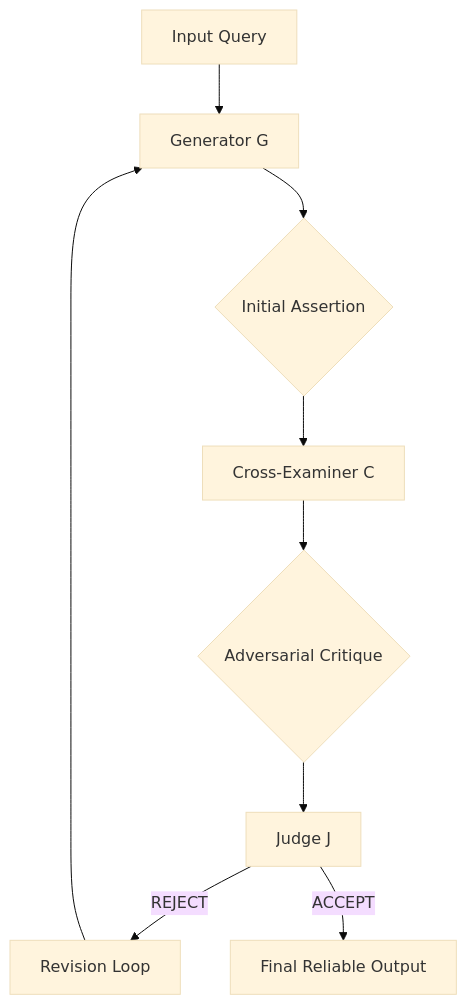
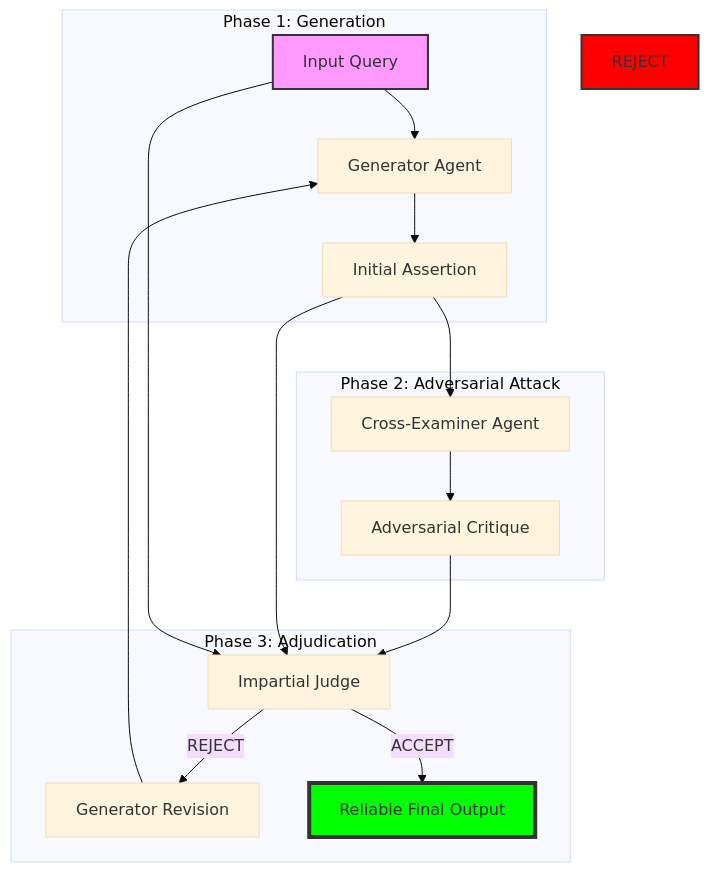
One commit to ProxyAyush/X-exam-llm changed the first of 2 diagrams in README.md. Above: the diagram before and after it, drawn with Mermaid (base theme). The commit also changed other lines of this file, not shown here.

Commit message:
Revamp README with extensive architecture, protocol, and MLOps documentation

````diff
--- a/README.md
+++ b/README.md
@@ -13,11 +23,25 @@
 ```mermaid
 graph TD
-    A[Input Query] --> B[Generator G]
-    B --> C{Initial Assertion}
-    C --> D[Cross-Examiner C]
-    D --> E{Adversarial Critique}
-    E --> F[Judge J]
-    F -- REJECT --> G[Revision Loop]
-    G --> B
-    F -- ACCEPT --> H[Final Reliable Output]
+    subgraph "Phase 1: Generation"
+    Input[Input Query] --> G[Generator Agent]
+    G --> Assert[Initial Assertion]
+    end
+
+    subgraph "Phase 2: Adversarial Attack"
+    Assert --> C[Cross-Examiner Agent]
+    C --> Critique[Adversarial Critique]
+    end
+
+    subgraph "Phase 3: Adjudication"
+    Critique --> J[Impartial Judge]
+    Assert --> J
+    Input --> J
+    J -- REJECT --> Revision[Generator Revision]
+    Revision --> G
+    J -- ACCEPT --> Final[Reliable Final Output]
+    end
+
+    style Input fill:#f9f,stroke:#333,stroke-width:2px
+    style Final fill:#00ff00,stroke:#333,stroke-width:4px
+    style REJECT fill:#ff0000,stroke:#333,stroke-width:2px
 ```
````
